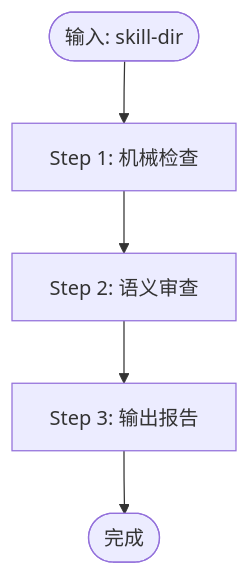
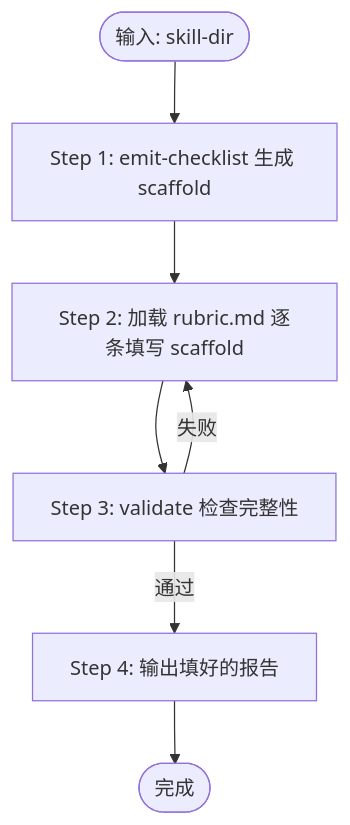
One commit to Jiangwlee/oh-my-superpowers changed the diagram in skills/skill-review/SKILL.md. Above: the diagram before and after it, drawn with Mermaid. The commit also changed other lines of this file and 21 other files, not shown here.

````diff
--- a/skills/skill-review/SKILL.md
+++ b/skills/skill-review/SKILL.md
@@ -28,7 +28,9 @@
 ```mermaid
 flowchart TD
-    A([输入: skill-dir]) --> B[Step 1: 机械检查]
-    B --> C[Step 2: 语义审查]
-    C --> D[Step 3: 输出报告]
-    D --> E([完成])
+    A([输入: skill-dir]) --> B[Step 1: emit-checklist 生成 scaffold]
+    B --> C[Step 2: 加载 rubric.md 逐条填写 scaffold]
+    C --> D[Step 3: validate 检查完整性]
+    D -->|失败| C
+    D -->|通过| E[Step 4: 输出填好的报告]
+    E --> F([完成])
 ```
````
